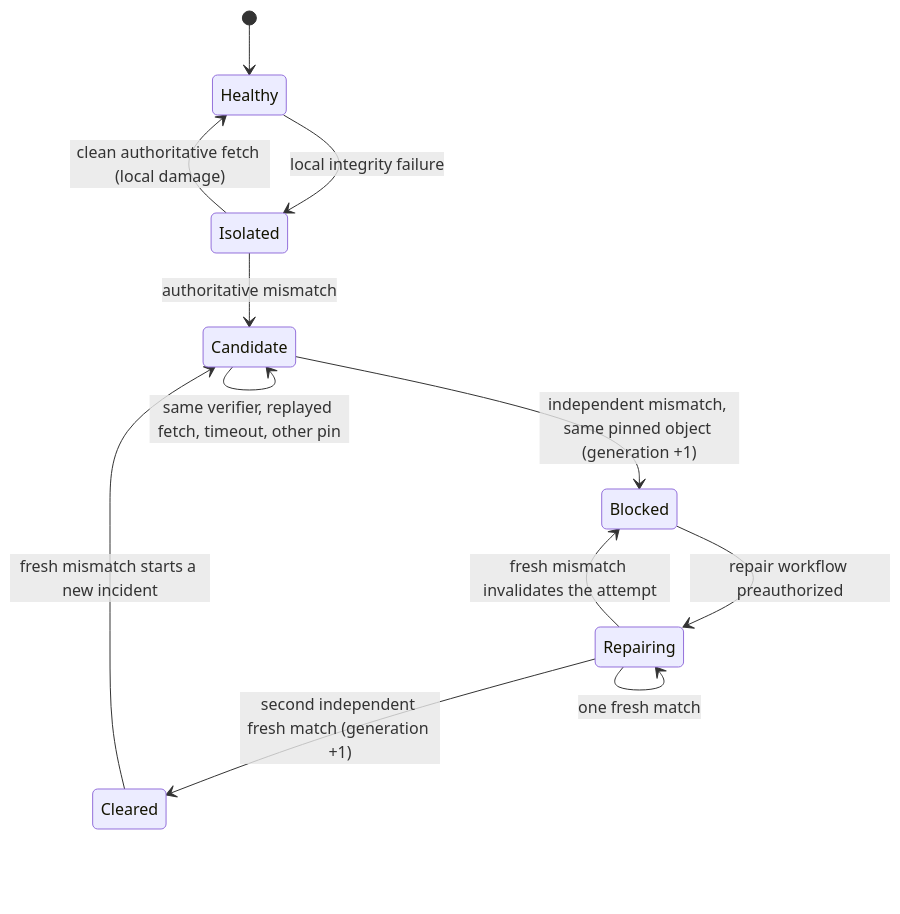
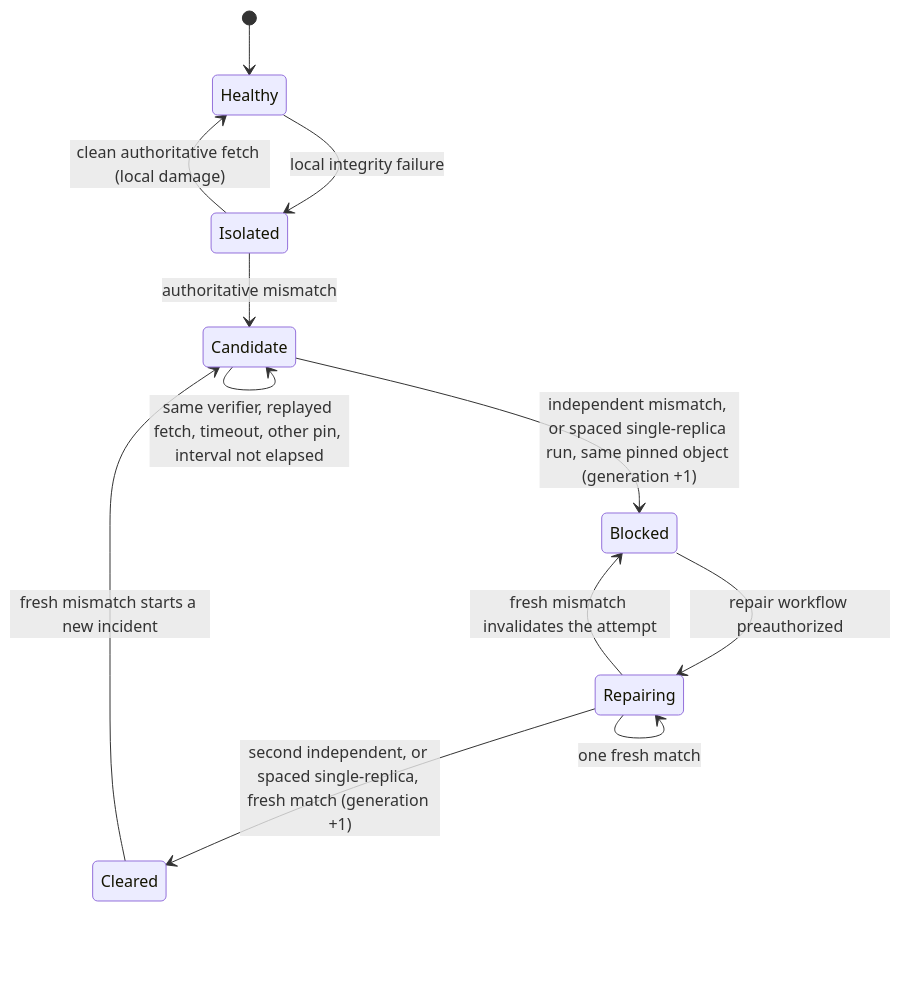
The diagram in server/docs/design/artifact-damage.md (iokaio/munarium), drawn with Mermaid before and after one commit. The commit also changed other lines of this file and 15 other files, not shown here.

````diff
--- a/server/docs/design/artifact-damage.md
+++ b/server/docs/design/artifact-damage.md
@@ -62,14 +86,14 @@
 ```mermaid
 stateDiagram-v2
     [*] --> Healthy
     Healthy --> Isolated: local integrity failure
     Isolated --> Healthy: clean authoritative fetch (local damage)
     Isolated --> Candidate: authoritative mismatch
-    Candidate --> Candidate: same verifier, replayed fetch, timeout, other pin
-    Candidate --> Blocked: independent mismatch, same pinned object (generation +1)
+    Candidate --> Candidate: same verifier, replayed fetch, timeout, other pin, interval not elapsed
+    Candidate --> Blocked: independent mismatch, or spaced single-replica run, same pinned object (generation +1)
     Blocked --> Repairing: repair workflow preauthorized
     Repairing --> Repairing: one fresh match
     Repairing --> Blocked: fresh mismatch invalidates the attempt
-    Repairing --> Cleared: second independent fresh match (generation +1)
+    Repairing --> Cleared: second independent, or spaced single-replica, fresh match (generation +1)
     Cleared --> Candidate: fresh mismatch starts a new incident
 ```
````
